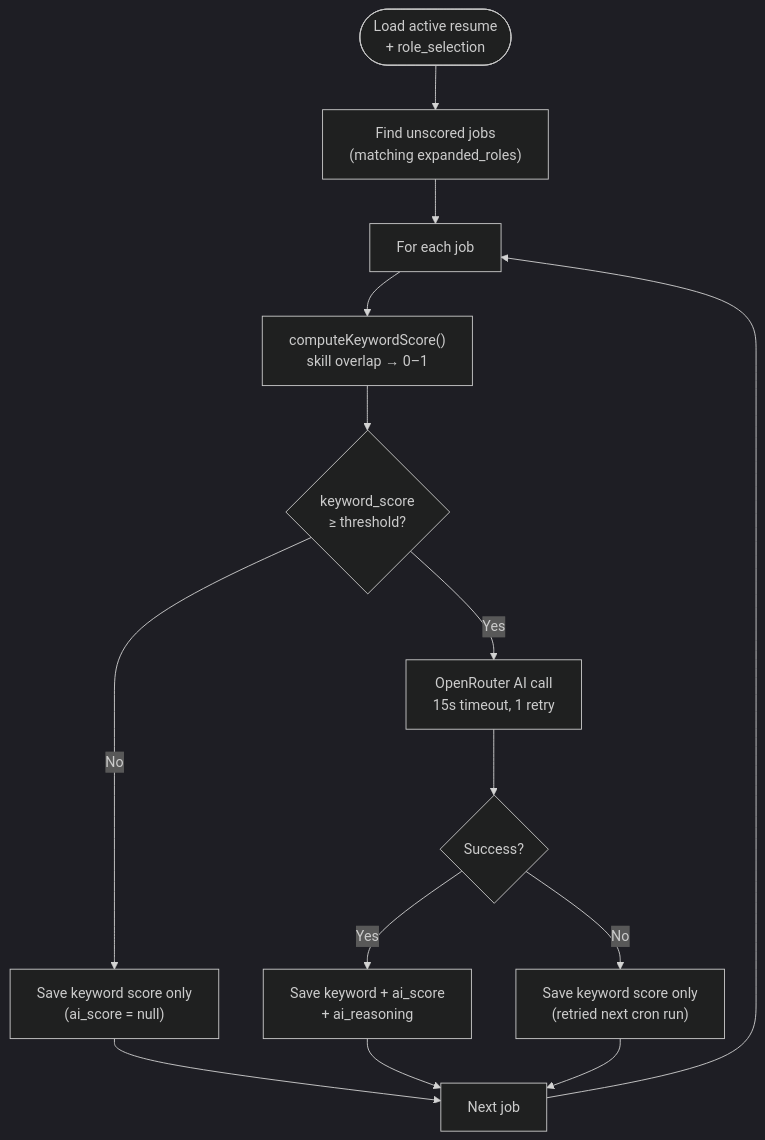
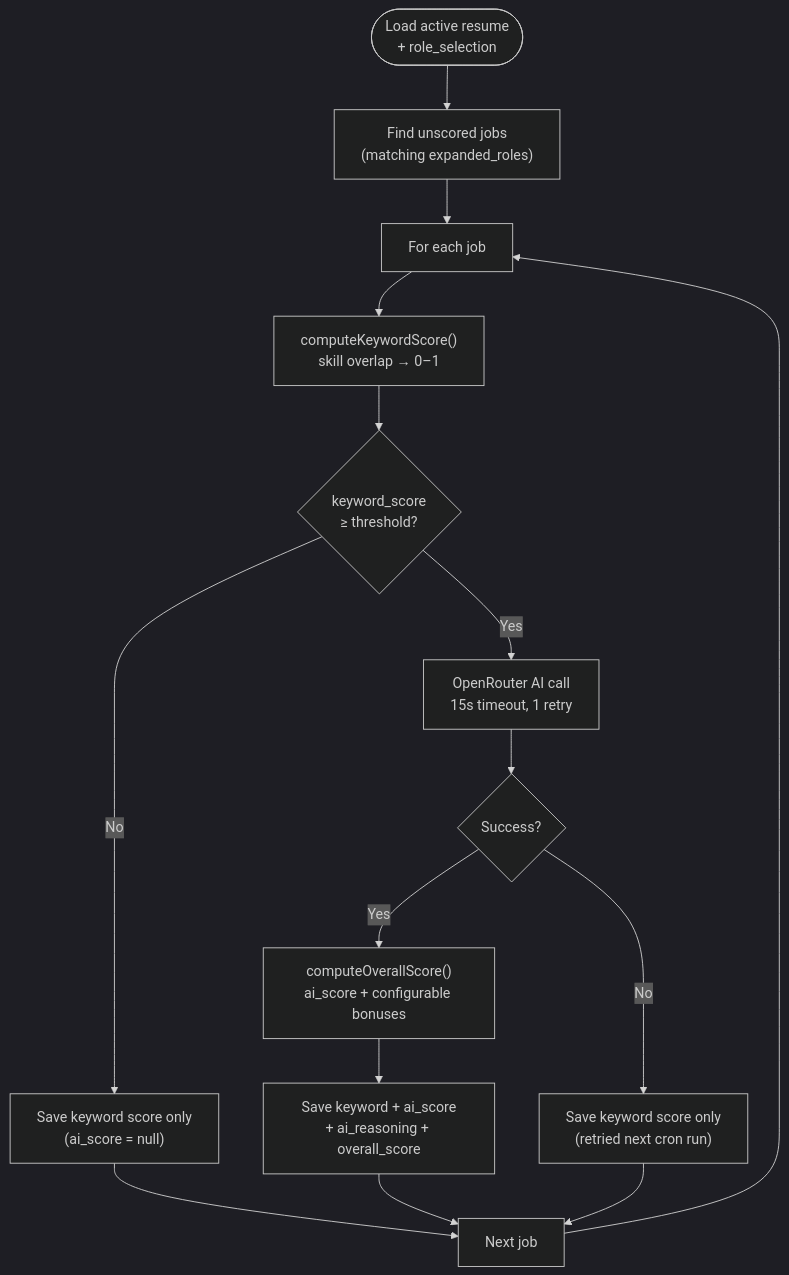
Before and after one commit to sahidhh/job-scraper: the fifth of 8 diagrams in design/architecture.md, drawn with Mermaid (dark theme). The commit also changed other lines of this file and 47 other files, not shown here.

````diff
--- a/design/architecture.md
+++ b/design/architecture.md
@@ -189,16 +197,17 @@
 ```mermaid
 flowchart TD
     START(["Load active resume\n+ role_selection"]) --> QUERY["Find unscored jobs\n(matching expanded_roles)"]
     QUERY --> EACH["For each job"]
     EACH --> KW["computeKeywordScore()\nskill overlap → 0–1"]
     KW --> GATE{keyword_score\n≥ threshold?}
     GATE -- No --> SAVE_KW["Save keyword score only\n(ai_score = null)"]
     GATE -- Yes --> AI["OpenRouter AI call\n15s timeout, 1 retry"]
     AI --> AI_OK{Success?}
-    AI_OK -- Yes --> SAVE_AI["Save keyword + ai_score\n+ ai_reasoning"]
+    AI_OK -- Yes --> OVERALL["computeOverallScore()\nai_score + configurable bonuses"]
+    OVERALL --> SAVE_AI["Save keyword + ai_score\n+ ai_reasoning + overall_score"]
     AI_OK -- No --> SAVE_KW2["Save keyword score only\n(retried next cron run)"]
     SAVE_KW --> NEXT
     SAVE_AI --> NEXT
     SAVE_KW2 --> NEXT
     NEXT["Next job"] --> EACH
 ```
````
